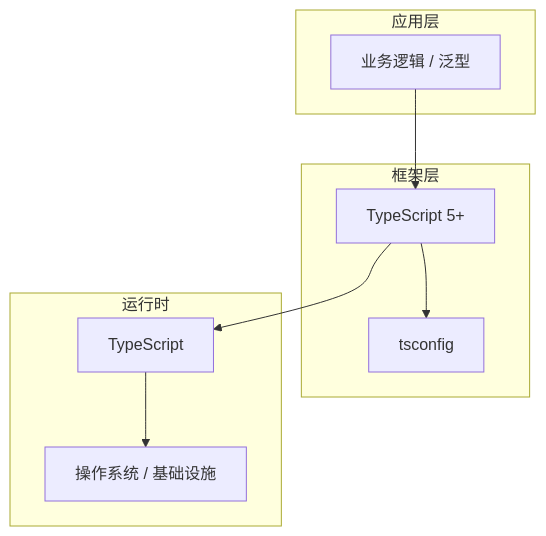
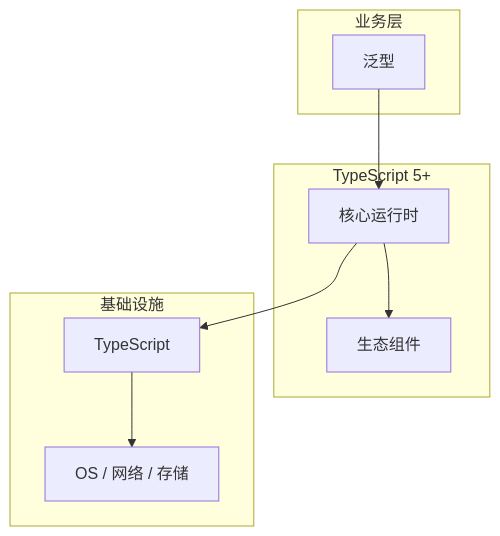
Before and after one commit to yanggan2015/knowledge-json-v2: the diagram in articles/TypeScript/chapters/029-泛型核心概念与原理.md, drawn with Mermaid. The commit also changed other lines of this file and 10127 other files, not shown here.

````diff
--- a/articles/TypeScript/chapters/029-泛型核心概念与原理.md
+++ b/articles/TypeScript/chapters/029-泛型核心概念与原理.md
@@ -45,18 +34,18 @@
 ```mermaid
 graph TB
-    subgraph 应用层
-        A[业务逻辑 / 泛型]
+    subgraph 业务层
+        A[泛型]
     end
-    subgraph 框架层
-        B[TypeScript 5+]
-        C[tsconfig]
+    subgraph TypeScript 5+
+        B[核心运行时]
+        C[生态组件]
     end
-    subgraph 运行时
+    subgraph 基础设施
         D[TypeScript]
-        E[操作系统 / 基础设施]
+        E[OS / 网络 / 存储]
     end
     A --> B
     B --> C
     B --> D
     D --> E
 ```
````
